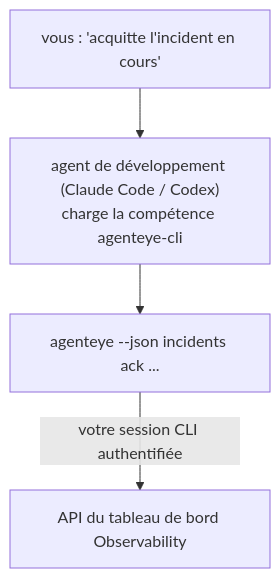
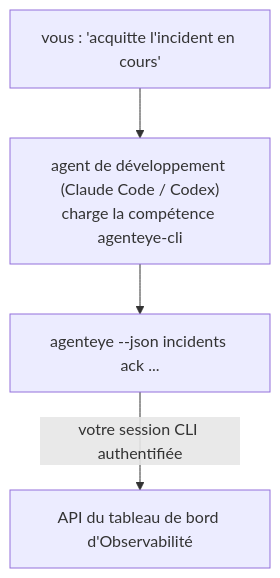
The diagram in docs/fr/agenteye/cli-skill.mdx (FailproofAI/failproofai), drawn with Mermaid before and after one commit. The commit also changed other lines of this file and 651 other files, not shown here.

````diff
--- a/docs/fr/agenteye/cli-skill.mdx
+++ b/docs/fr/agenteye/cli-skill.mdx
@@ -28,6 +28,6 @@
 ```mermaid
 flowchart TD
     YOU["vous : 'acquitte l'incident en cours'"] --> AGENT["agent de développement (Claude Code / Codex)<br/>charge la compétence agenteye-cli"]
     AGENT --> CLI["agenteye --json incidents ack ..."]
-    CLI -->|votre session CLI authentifiée| API["API du tableau de bord Observability"]
+    CLI -->|votre session CLI authentifiée| API["API du tableau de bord d'Observabilité"]
 ```
````
